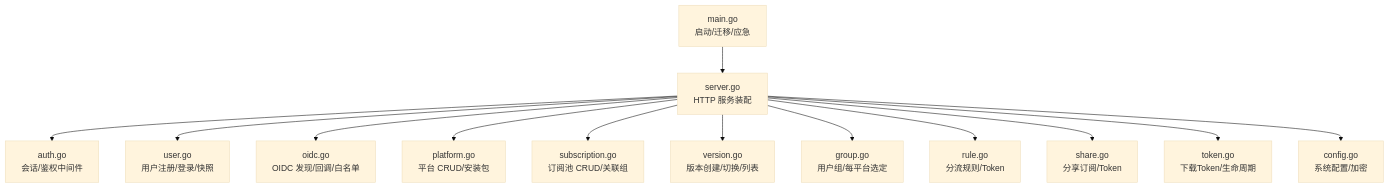
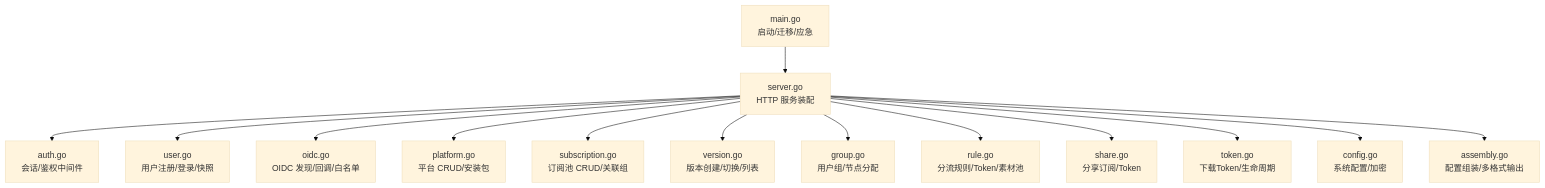
One commit to AlcaProphet/VPN-Subscription-Management changed the first of 12 diagrams in .qoder/repowiki/zh/content/核心功能模块/核心功能模块.md. Above: the diagram before and after it, drawn with Mermaid (base theme). The commit also changed other lines of this file and 109 other files, not shown here.

````diff
--- a/.qoder/repowiki/zh/content/核心功能模块/核心功能模块.md
+++ b/.qoder/repowiki/zh/content/核心功能模块/核心功能模块.md
@@ -49,15 +62,16 @@
 ```mermaid
 graph TB
 A["main.go<br/>启动/迁移/应急"] --> B["server.go<br/>HTTP 服务装配"]
 B --> C["auth.go<br/>会话/鉴权中间件"]
 B --> D["user.go<br/>用户注册/登录/快照"]
 B --> E["oidc.go<br/>OIDC 发现/回调/白名单"]
 B --> F["platform.go<br/>平台 CRUD/安装包"]
 B --> G["subscription.go<br/>订阅池 CRUD/关联组"]
 B --> H["version.go<br/>版本创建/切换/列表"]
-B --> I["group.go<br/>用户组/每平台选定"]
-B --> J["rule.go<br/>分流规则/Token"]
+B --> I["group.go<br/>用户组/节点分配"]
+B --> J["rule.go<br/>分流规则/Token/素材池"]
 B --> K["share.go<br/>分享订阅/Token"]
 B --> L["token.go<br/>下载Token/生命周期"]
 B --> M["config.go<br/>系统配置/加密"]
+B --> N["assembly.go<br/>配置组装/多格式输出"]
 ```
````
